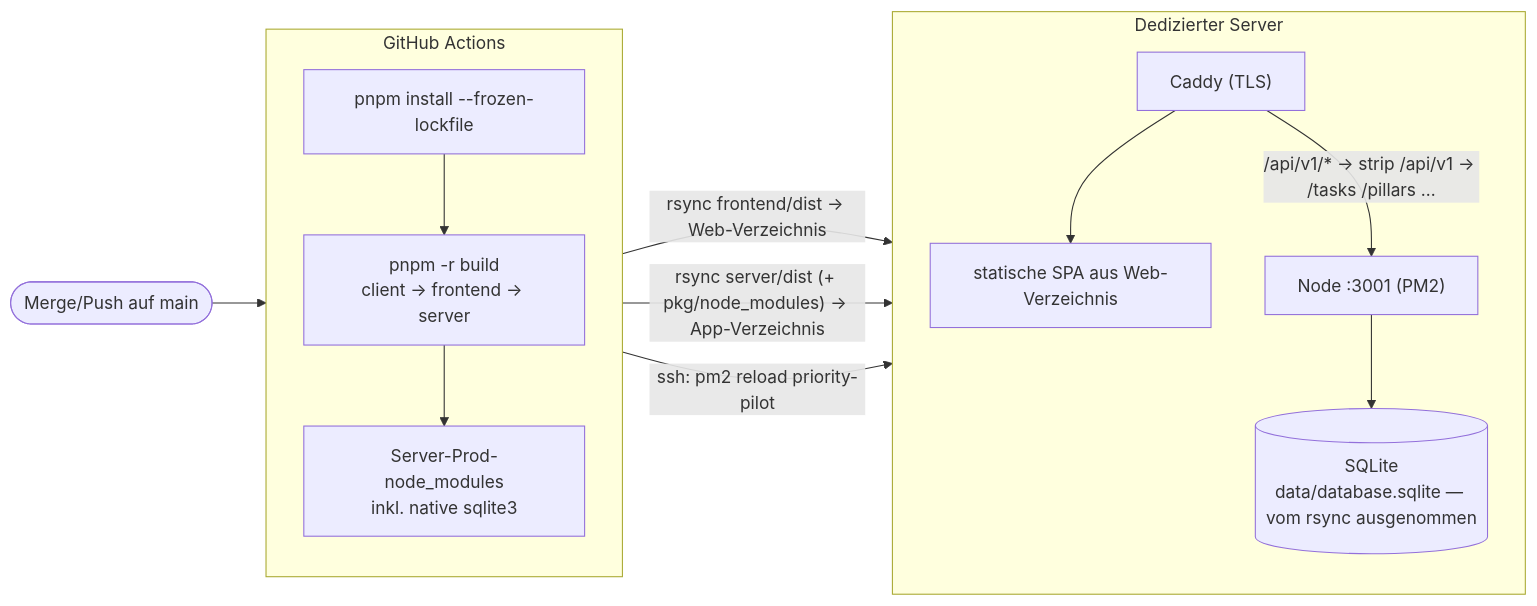
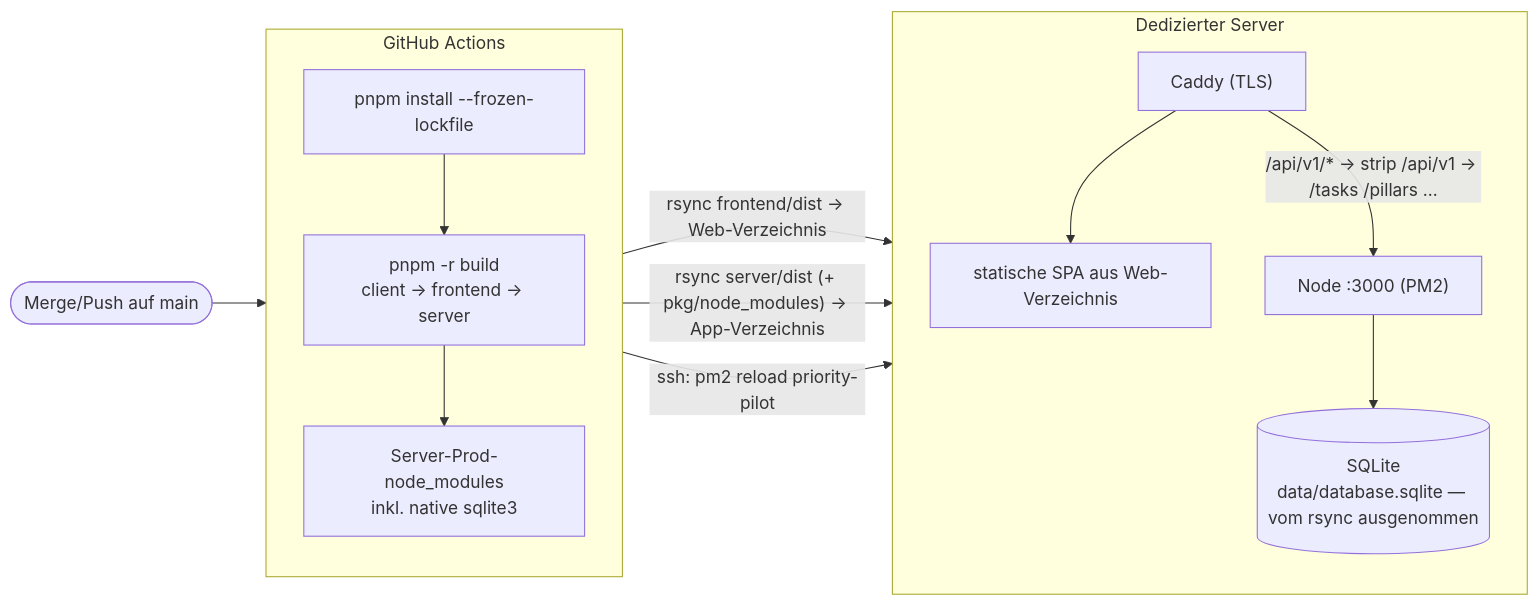
One commit to deleonio/priority-pilot changed the diagram in docs/deployment.md. Above: the diagram before and after it, drawn with Mermaid. The commit also changed other lines of this file and 5 other files, not shown here.

````diff
--- a/docs/deployment.md
+++ b/docs/deployment.md
@@ -34,21 +29,21 @@
 ```mermaid
 flowchart LR
     merge([Merge/Push auf main]) --> gha
 
     subgraph gha["GitHub Actions"]
         direction TB
         b1["pnpm install --frozen-lockfile"] --> b2["pnpm -r build<br/>client → frontend → server"]
         b2 --> b3["Server-Prod-node_modules<br/>inkl. native sqlite3"]
     end
 
     gha -- "rsync frontend/dist → Web-Verzeichnis" --> host
     gha -- "rsync server/dist (+ pkg/node_modules) → App-Verzeichnis" --> host
     gha -- "ssh: pm2 reload priority-pilot" --> host
 
     subgraph host["Dedizierter Server"]
         direction TB
         caddy["Caddy (TLS)"] --> spa["statische SPA aus Web-Verzeichnis"]
-        caddy -- "/api/v1/* → strip /api/v1 → /tasks /pillars …" --> node["Node :3001 (PM2)"]
+        caddy -- "/api/v1/* → strip /api/v1 → /tasks /pillars …" --> node["Node :3000 (PM2)"]
         node --> db[("SQLite<br/>data/database.sqlite — vom rsync ausgenommen")]
     end
 ```
````
